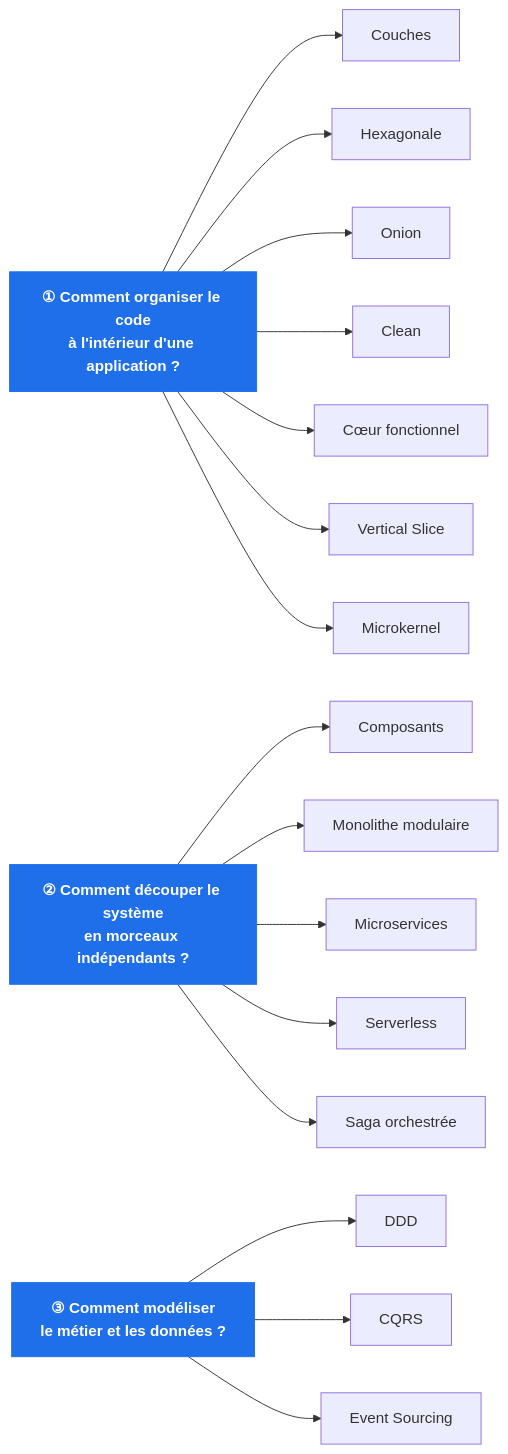
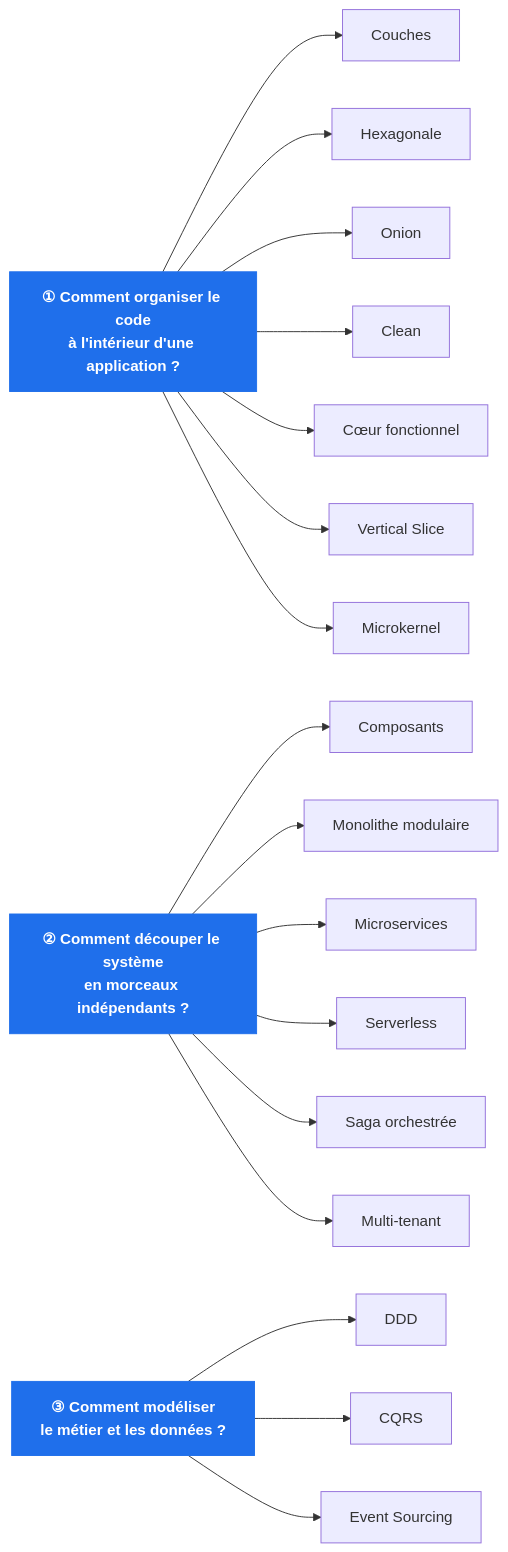
The first of 4 diagrams in Docs/README.md (drangoht/ArchitecturesDemo), drawn with Mermaid before and after one commit. The commit also changed other lines of this file and 30 other files, not shown here.

First line of the commit message:
Ajoute la démo Multi-tenant (SaaS)

````diff
--- a/Docs/README.md
+++ b/Docs/README.md
@@ -41,27 +42,28 @@
 ```mermaid
 flowchart LR
     Q1["<b>① Comment organiser le code<br/>à l'intérieur d'une application ?</b>"]
     Q2["<b>② Comment découper le système<br/>en morceaux indépendants ?</b>"]
     Q3["<b>③ Comment modéliser<br/>le métier et les données ?</b>"]
 
     Q1 --> C0["Couches"]
     Q1 --> C1["Hexagonale"]
     Q1 --> C2["Onion"]
     Q1 --> C3["Clean"]
     Q1 --> C4["Cœur fonctionnel"]
     Q1 --> C5["Vertical Slice"]
     Q1 --> C13["Microkernel"]
 
     Q2 --> D6["Composants"]
     Q2 --> D7["Monolithe modulaire"]
     Q2 --> D8["Microservices"]
     Q2 --> D12["Serverless"]
     Q2 --> D14["Saga orchestrée"]
+    Q2 --> D15["Multi-tenant"]
 
     Q3 --> M11["DDD"]
     Q3 --> M9["CQRS"]
     Q3 --> M10["Event Sourcing"]
 
     classDef q fill:#1f6feb,color:#fff,stroke:#1f6feb
     class Q1,Q2,Q3 q
 ```
````
